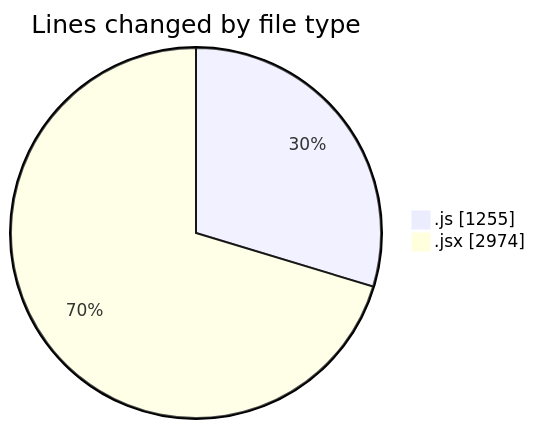
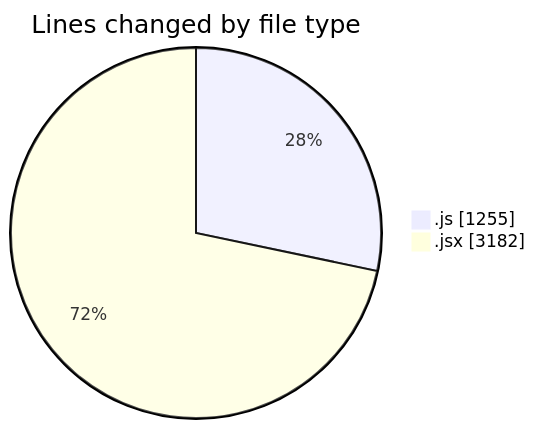
The first of 2 diagrams in 2025-10-10/nxtqube_webapp/README.md (nxtqubesakshisongat/code-tracking), drawn with Mermaid before and after one commit. The commit also changed other lines of this file and 1 other file, not shown here.

````diff
--- a/2025-10-10/nxtqube_webapp/README.md
+++ b/2025-10-10/nxtqube_webapp/README.md
@@ -26,6 +27,6 @@
 ```mermaid
 pie showData
 title Lines changed by file type
 ".js" : 1255
-".jsx" : 2974
+".jsx" : 3182
 ```
````
